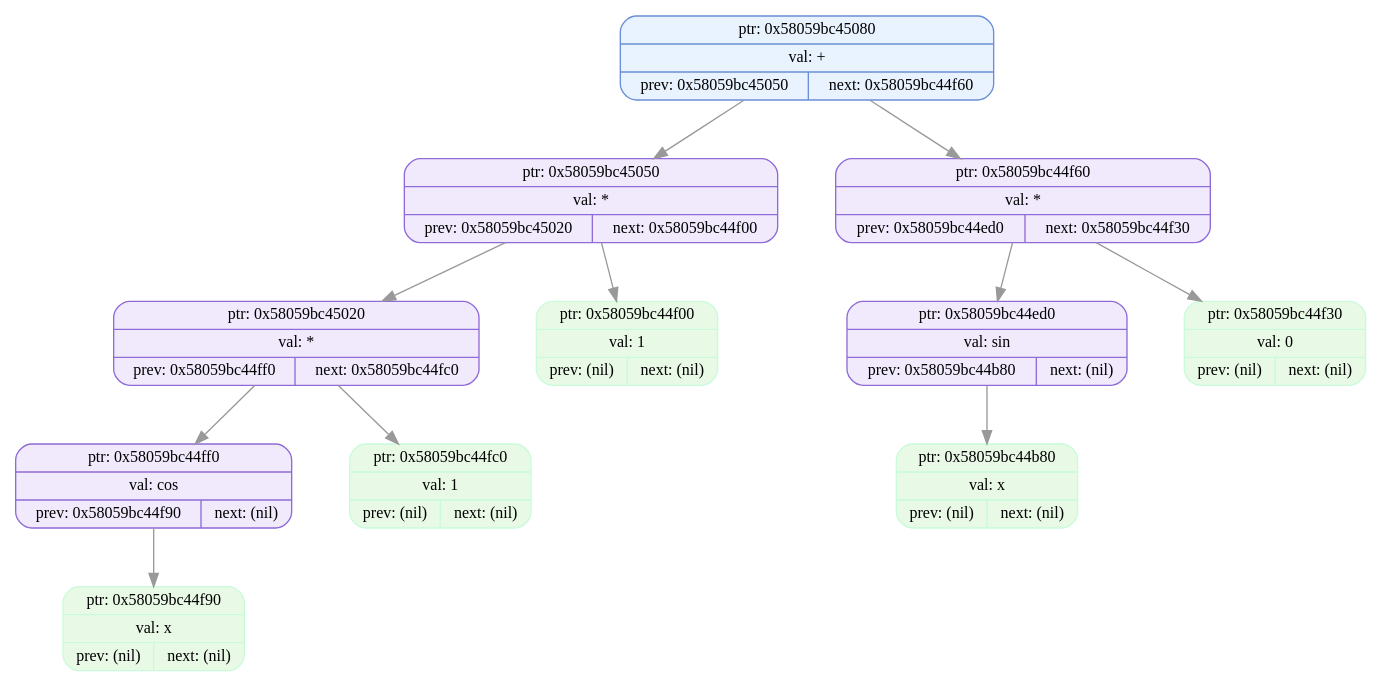
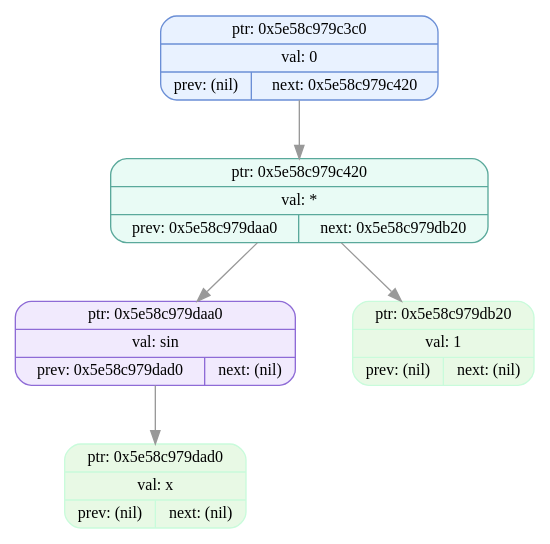
Before and after one commit to EvilTomato9890/Difference: the diagram in dumps/tree_dump_005.dot, drawn with Graphviz. The commit also changed 42 other files, not shown here.

```diff
--- a/dumps/tree_dump_005.dot
+++ b/dumps/tree_dump_005.dot
@@ -1,25 +1,13 @@
 digraph T{
   node [fontname="Fira Mono",shape=record,style="filled,rounded",fontsize=12];
   graph [splines=true, nodesep=0.6, ranksep=0.6];
-  node_0x58059bc45080[shape=record,label="{ {ptr: 0x58059bc45080} | {val: +} | { prev: 0x58059bc45050 | next: 0x58059bc44f60 } }",color="#6b8fd6",fillcolor="#e9f2ff"];
-  node_0x58059bc45050[shape=record,label="{ {ptr: 0x58059bc45050} | {val: *} | { prev: 0x58059bc45020 | next: 0x58059bc44f00 } }",color="#8e6bd6",fillcolor="#f1eafd"];
-  node_0x58059bc45020[shape=record,label="{ {ptr: 0x58059bc45020} | {val: *} | { prev: 0x58059bc44ff0 | next: 0x58059bc44fc0 } }",color="#8e6bd6",fillcolor="#f1eafd"];
-  node_0x58059bc44ff0[shape=record,label="{ {ptr: 0x58059bc44ff0} | {val: cos} | { prev: 0x58059bc44f90 | next: (nil) } }",color="#8e6bd6",fillcolor="#f1eafd"];
-  node_0x58059bc44f90[shape=record,label="{ {ptr: 0x58059bc44f90} | {val: x} | { prev: (nil) | next: (nil) } }",color="#c9fbdbff",fillcolor="#e8f9e5ff"];
-  node_0x58059bc44fc0[shape=record,label="{ {ptr: 0x58059bc44fc0} | {val: 1} | { prev: (nil) | next: (nil) } }",color="#c9fbdbff",fillcolor="#e8f9e5ff"];
-  node_0x58059bc44f00[shape=record,label="{ {ptr: 0x58059bc44f00} | {val: 1} | { prev: (nil) | next: (nil) } }",color="#c9fbdbff",fillcolor="#e8f9e5ff"];
-  node_0x58059bc44f60[shape=record,label="{ {ptr: 0x58059bc44f60} | {val: *} | { prev: 0x58059bc44ed0 | next: 0x58059bc44f30 } }",color="#8e6bd6",fillcolor="#f1eafd"];
-  node_0x58059bc44ed0[shape=record,label="{ {ptr: 0x58059bc44ed0} | {val: sin} | { prev: 0x58059bc44b80 | next: (nil) } }",color="#8e6bd6",fillcolor="#f1eafd"];
-  node_0x58059bc44b80[shape=record,label="{ {ptr: 0x58059bc44b80} | {val: x} | { prev: (nil) | next: (nil) } }",color="#c9fbdbff",fillcolor="#e8f9e5ff"];
-  node_0x58059bc44f30[shape=record,label="{ {ptr: 0x58059bc44f30} | {val: 0} | { prev: (nil) | next: (nil) } }",color="#c9fbdbff",fillcolor="#e8f9e5ff"];
-  node_0x58059bc45080 -> node_0x58059bc45050 [color="#999999"];
-  node_0x58059bc45080 -> node_0x58059bc44f60 [color="#999999"];
-  node_0x58059bc45050 -> node_0x58059bc45020 [color="#999999"];
-  node_0x58059bc45050 -> node_0x58059bc44f00 [color="#999999"];
-  node_0x58059bc45020 -> node_0x58059bc44ff0 [color="#999999"];
-  node_0x58059bc45020 -> node_0x58059bc44fc0 [color="#999999"];
-  node_0x58059bc44ff0 -> node_0x58059bc44f90 [color="#999999"];
-  node_0x58059bc44f60 -> node_0x58059bc44ed0 [color="#999999"];
-  node_0x58059bc44f60 -> node_0x58059bc44f30 [color="#999999"];
-  node_0x58059bc44ed0 -> node_0x58059bc44b80 [color="#999999"];
+  node_0x5e58c979c3c0[shape=record,label="{ {ptr: 0x5e58c979c3c0} | {val: 0} | { prev: (nil) | next: 0x5e58c979c420 } }",color="#6b8fd6",fillcolor="#e9f2ff"];
+  node_0x5e58c979c420[shape=record,label="{ {ptr: 0x5e58c979c420} | {val: *} | { prev: 0x5e58c979daa0 | next: 0x5e58c979db20 } }",color="#5aa99b",fillcolor="#e9fbf5"];
+  node_0x5e58c979daa0[shape=record,label="{ {ptr: 0x5e58c979daa0} | {val: sin} | { prev: 0x5e58c979dad0 | next: (nil) } }",color="#8e6bd6",fillcolor="#f1eafd"];
+  node_0x5e58c979dad0[shape=record,label="{ {ptr: 0x5e58c979dad0} | {val: x} | { prev: (nil) | next: (nil) } }",color="#c9fbdbff",fillcolor="#e8f9e5ff"];
+  node_0x5e58c979db20[shape=record,label="{ {ptr: 0x5e58c979db20} | {val: 1} | { prev: (nil) | next: (nil) } }",color="#c9fbdbff",fillcolor="#e8f9e5ff"];
+  node_0x5e58c979c3c0 -> node_0x5e58c979c420 [color="#999999"];
+  node_0x5e58c979c420 -> node_0x5e58c979daa0 [color="#999999"];
+  node_0x5e58c979c420 -> node_0x5e58c979db20 [color="#999999"];
+  node_0x5e58c979daa0 -> node_0x5e58c979dad0 [color="#999999"];
 }
```
